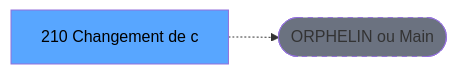
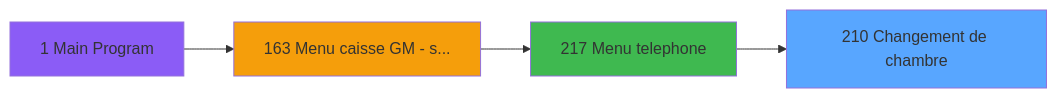
Before and after one commit to thonyAGP/magic-migration: the second of 3 diagrams in .openspec/specs/ADH-IDE-210.md, drawn with Mermaid. The commit also changed other lines of this file and 253 other files, not shown here.

````diff
--- a/.openspec/specs/ADH-IDE-210.md
+++ b/.openspec/specs/ADH-IDE-210.md
@@ -129,8 +643,14 @@
 ```mermaid
 graph LR
-    T[210 Changement de c]
-    ORPHAN([ORPHELIN ou Main])
-    T -.-> ORPHAN
-    style T fill:#58a6ff,color:#000
-    style ORPHAN fill:#6b7280,stroke-dasharray: 5 5
+    T210[210 Changement de chambre]
+    style T210 fill:#58a6ff
+    CC1[1 Main Program]
+    style CC1 fill:#8b5cf6
+    CC163[163 Menu caisse GM - s...]
+    style CC163 fill:#f59e0b
+    CC217[217 Menu telephone]
+    style CC217 fill:#3fb950
+    CC163 --> CC217
+    CC1 --> CC163
+    CC217 --> T210
 ```
````
